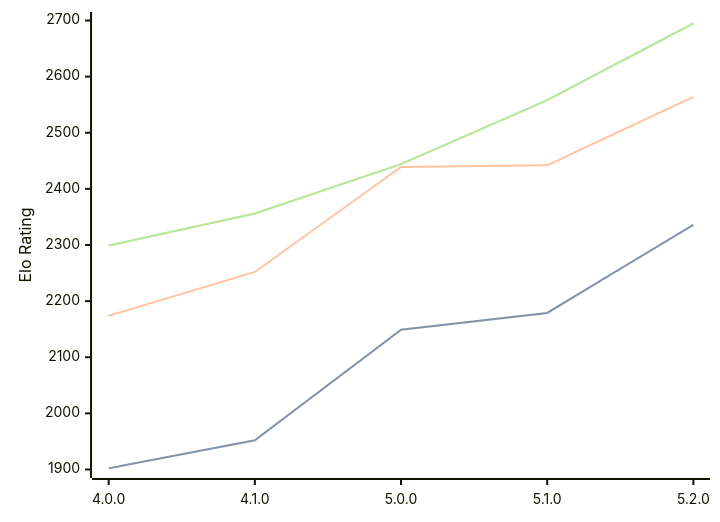
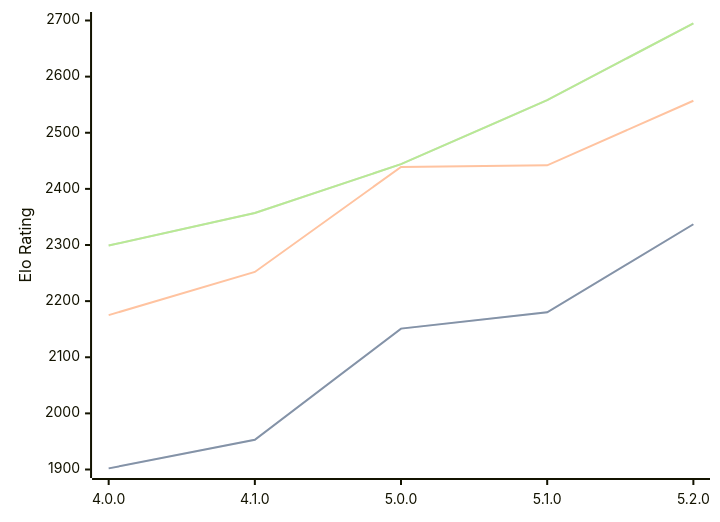
Before and after one commit to computer-chess-index/cci: the first of 3 diagrams in engines/Aconcagua.md, drawn with Mermaid. The commit also changed other lines of this file, not shown here.

Commit message:
Update CCI Ratings (ELO VLTC) - 2026-06-23

````diff
--- a/engines/Aconcagua.md
+++ b/engines/Aconcagua.md
@@ -44,11 +44,11 @@
 ```mermaid
 %%{init: {"theme":"base","themeVariables":{"seriesColors:['#a3a3a3','#222221','#faa371']}}}%%
 xychart-beta
   x-axis ["4.0.0", "4.1.0", "5.0.0", "5.1.0", "5.2.0"]
   y-axis "Elo Rating" 1900 --> 2700
-  line "STC (8.0+0.08s)" [1902, 1952, 2149, 2179, 2336]
-  line "STC (8.0+0.08s)" [1902, 1952, 2149, 2179, 2336]
-  line "LTC (60.0+0.60s)" [2174, 2252, 2439, 2442, 2564]
-  line "VLTC (2m24s+1.12s)" [2299, 2356, 2444, 2558, 2695]
-  line "VLTC (2m24s+1.12s)" [2299, 2356, 2444, 2558, 2695]
+  line "STC (8.0+0.08s)" [1902, 1953, 2151, 2180, 2337]
+  line "STC (8.0+0.08s)" [1902, 1953, 2151, 2180, 2337]
+  line "LTC (60.0+0.60s)" [2175, 2252, 2439, 2442, 2557]
+  line "VLTC (2m24s+1.12s)" [2299, 2357, 2444, 2558, 2695]
+  line "VLTC (2m24s+1.12s)" [2299, 2357, 2444, 2558, 2695]
 ```
````
